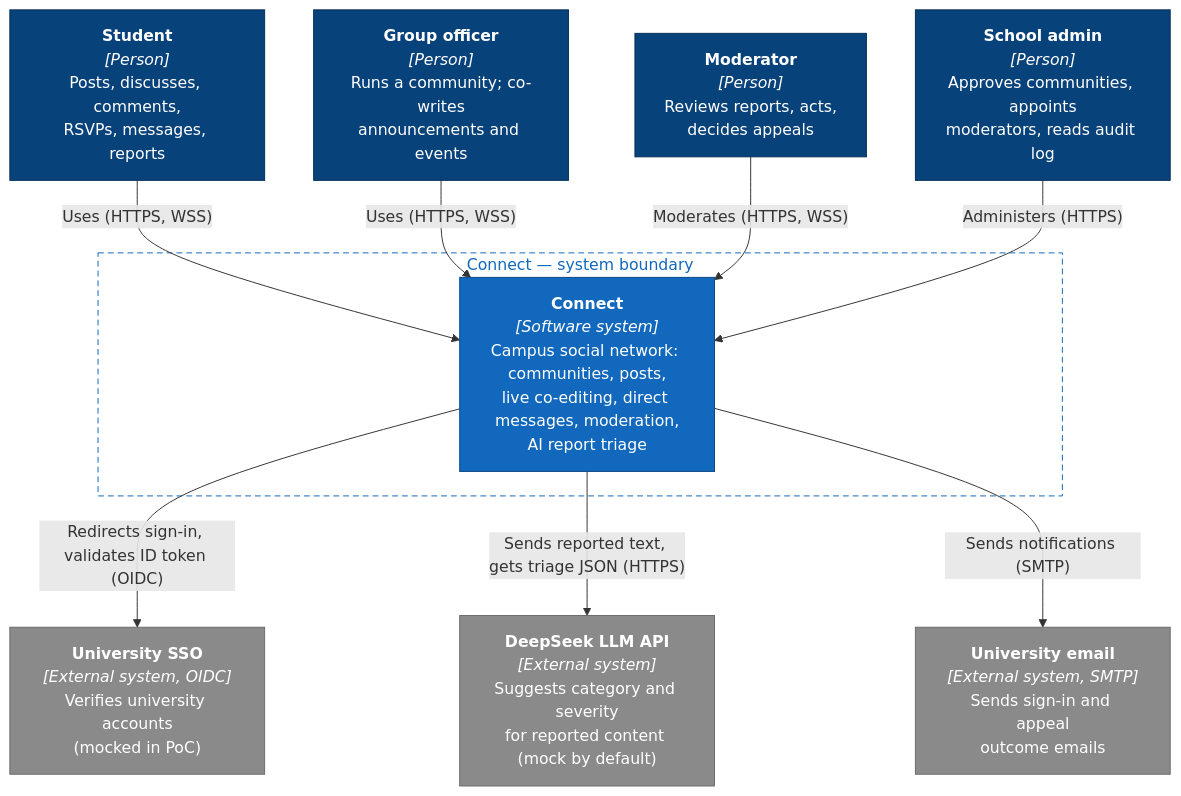
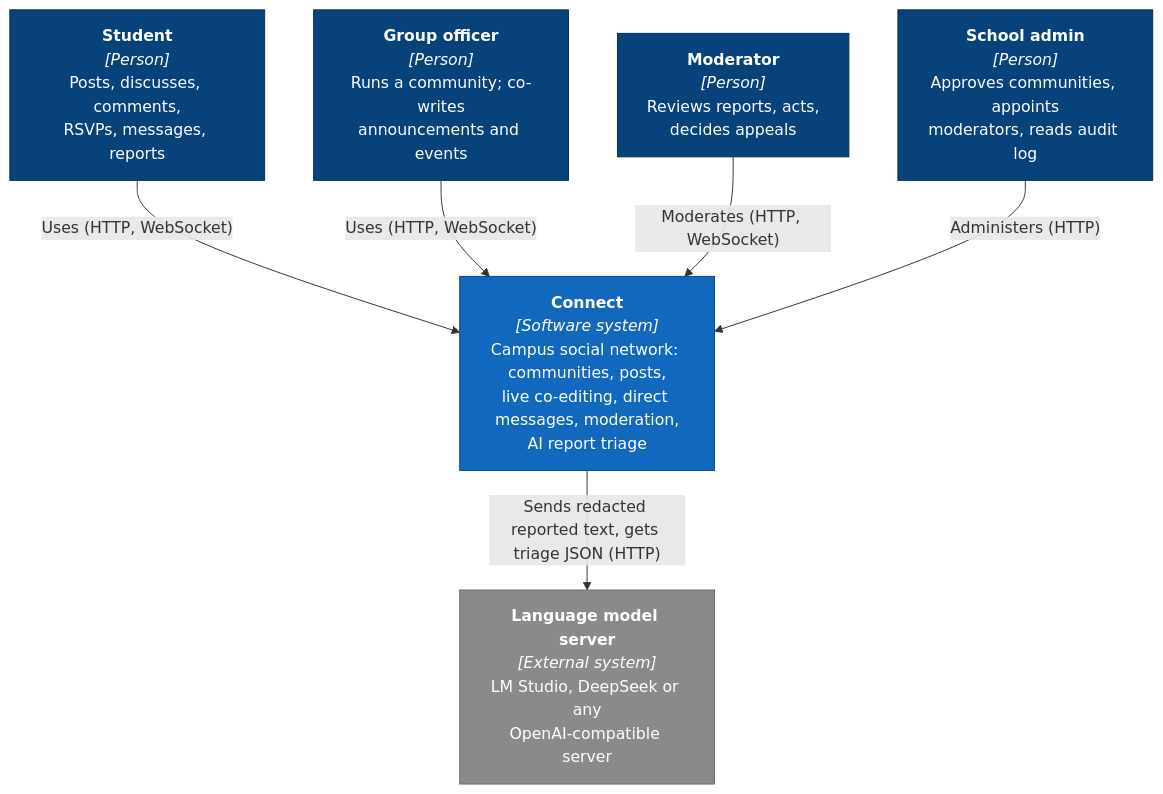
Before and after one commit to dereksodo/AmazingNetwork: the diagram in docs/diagrams/c4-context.mmd, drawn with Mermaid. The commit also changed 19 other files, not shown here.

First line of the commit message:
docs(architecture): update diagrams and decision records as built

```diff
--- a/docs/diagrams/c4-context.mmd
+++ b/docs/diagrams/c4-context.mmd
@@ -1,30 +1,21 @@
-%% C4 Level 1 — System context for Connect
+%% C4 Level 1 — System context for Connect, as built
 flowchart TB
   student["<b>Student</b><br/><i>[Person]</i><br/>Posts, discusses, comments,<br/>RSVPs, messages, reports"]
   officer["<b>Group officer</b><br/><i>[Person]</i><br/>Runs a community; co-writes<br/>announcements and events"]
   moderator["<b>Moderator</b><br/><i>[Person]</i><br/>Reviews reports, acts,<br/>decides appeals"]
   admin["<b>School admin</b><br/><i>[Person]</i><br/>Approves communities, appoints<br/>moderators, reads audit log"]
+  connect["<b>Connect</b><br/><i>[Software system]</i><br/>Campus social network: communities, posts,<br/>live co-editing, direct messages, moderation,<br/>AI report triage"]
+  llm["<b>Language model server</b><br/><i>[External system]</i><br/>LM Studio, DeepSeek or any<br/>OpenAI-compatible server"]
 
-  subgraph boundary["Connect — system boundary"]
-    connect["<b>Connect</b><br/><i>[Software system]</i><br/>Campus social network: communities, posts,<br/>live co-editing, direct messages, moderation,<br/>AI report triage"]
-  end
-
-  sso["<b>University SSO</b><br/><i>[External system, OIDC]</i><br/>Verifies university accounts<br/>(mocked in PoC)"]
-  llm["<b>DeepSeek LLM API</b><br/><i>[External system]</i><br/>Suggests category and severity<br/>for reported content (mock by default)"]
-  email["<b>University email</b><br/><i>[External system, SMTP]</i><br/>Sends sign-in and appeal<br/>outcome emails"]
-
-  student -- "Uses (HTTPS, WSS)" --> connect
-  officer -- "Uses (HTTPS, WSS)" --> connect
-  moderator -- "Moderates (HTTPS, WSS)" --> connect
-  admin -- "Administers (HTTPS)" --> connect
-  connect -- "Redirects sign-in, validates ID token (OIDC)" --> sso
-  connect -- "Sends reported text, gets triage JSON (HTTPS)" --> llm
-  connect -- "Sends notifications (SMTP)" --> email
+  student -- "Uses (HTTP, WebSocket)" --> connect
+  officer -- "Uses (HTTP, WebSocket)" --> connect
+  moderator -- "Moderates (HTTP, WebSocket)" --> connect
+  admin -- "Administers (HTTP)" --> connect
+  connect -- "Sends redacted reported text, gets triage JSON (HTTP)" --> llm
 
   classDef person fill:#08427b,stroke:#052e56,color:#fff
   classDef system fill:#1168bd,stroke:#0b4884,color:#fff
   classDef external fill:#8a8a8a,stroke:#6b6b6b,color:#fff
   class student,officer,moderator,admin person
   class connect system
-  class sso,llm,email external
-  style boundary fill:none,stroke:#1168bd,stroke-dasharray:6 4,color:#1168bd
+  class llm external
```
